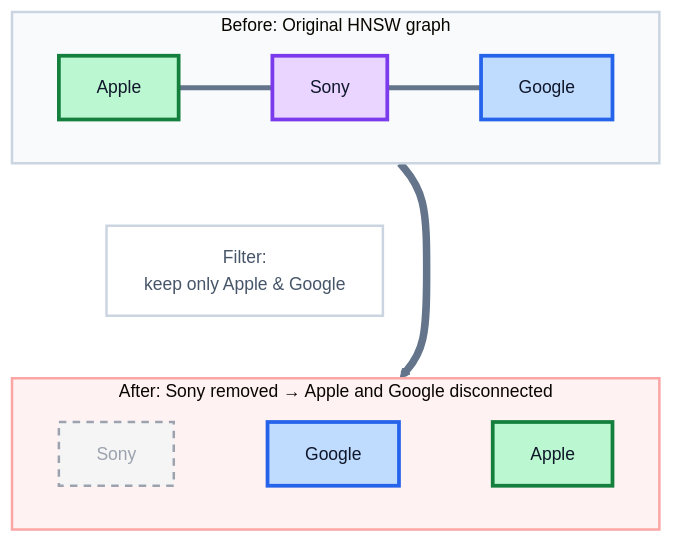
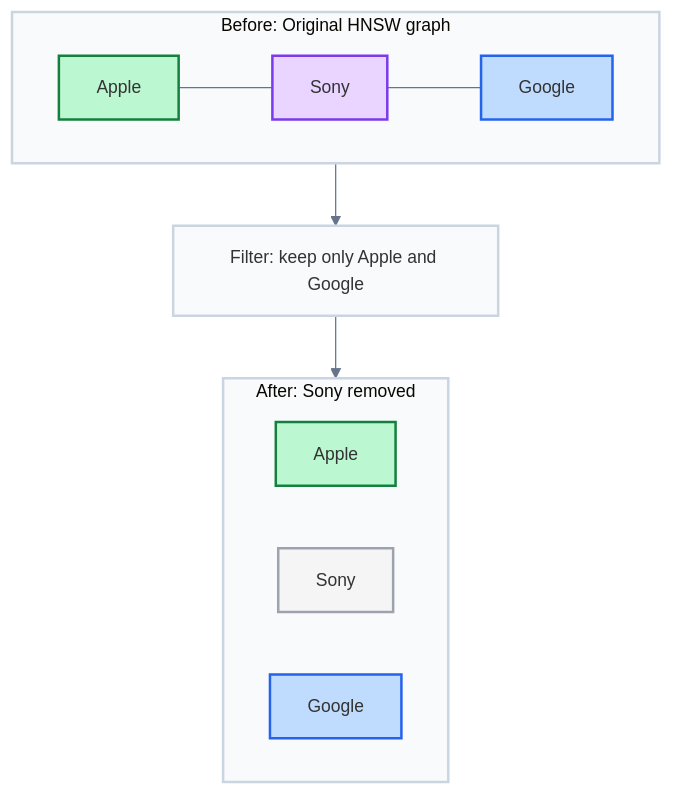
The diagram in posts/Why WHERE clauses can break your vector search/assets/pre-filtering.mmd (chsafouane/chsafouane.github.io), drawn with Mermaid before and after one commit. The commit also changed 9 other files, not shown here.

Commit message:
Add Mermaid PNG diagrams for Medium

```diff
--- a/posts/Why WHERE clauses can break your vector search/assets/pre-filtering.mmd
+++ b/posts/Why WHERE clauses can break your vector search/assets/pre-filtering.mmd
@@ -1,49 +1,27 @@
-%%{init: {
-    'theme': 'base',
-    'themeVariables': {
-        'fontFamily': 'Helvetica Neue,Helvetica,Arial,sans-serif',
-        'fontSize': '14px',
-        'lineColor': '#64748b',
-        'textColor': '#0f172a'
-    },
-    'flowchart': { 'curve': 'basis' }
-}}%%
+%%{init: {'theme': 'base', 'themeVariables': {'fontFamily': 'Helvetica Neue,Helvetica,Arial,sans-serif', 'fontSize': '14px', 'lineColor': '#64748b', 'textColor': '#0f172a'}}}%%
 flowchart TB
-    subgraph before["Before: Original HNSW graph"]
-        direction LR
-        apple1["Apple"] --- sony1["Sony"] --- google1["Google"]
-    end
+  subgraph before["Before: Original HNSW graph"]
+    direction LR
+    apple1["Apple"] --- sony1["Sony"] --- google1["Google"]
+  end
 
-    filter["Filter:\nkeep only Apple & Google"]
+  filter["Filter: keep only Apple and Google"]
 
-    subgraph after["After: Sony removed → Apple and Google disconnected"]
-        direction LR
-        sony2["Sony"] ~~~ google2["Google"] ~~~ apple2["Apple"]
-    end
+  subgraph after["After: Sony removed"]
+    direction LR
+    apple2["Apple"]
+    sony2["Sony"]
+    google2["Google"]
+  end
 
-    before --> filter
-    filter --> after
+  before --> filter --> after
 
-    %% Big illustrative arrow (crossing the gap)
-    google1 --> apple2
-
-    classDef apple fill:#bbf7d0,stroke:#15803d,stroke-width:3px,color:#0f172a
-    classDef google fill:#bfdbfe,stroke:#2563eb,stroke-width:3px,color:#0f172a
-    classDef sony fill:#e9d5ff,stroke:#7c3aed,stroke-width:3px,color:#0f172a
-    classDef removed fill:#f5f5f5,stroke:#9ca3af,stroke-width:2px,stroke-dasharray:6 5,color:#9ca3af
-    classDef label fill:#ffffff,stroke:#cbd5e1,stroke-width:2px,color:#475569
-
-    class apple1,apple2 apple
-    class google1,google2 google
-    class sony1 sony
-    class sony2 removed
-    class filter label
-
-    style before fill:#f8fafc,stroke:#cbd5e1,stroke-width:2px
-    style after fill:#fef2f2,stroke:#fca5a5,stroke-width:2px
-
-    linkStyle 0 stroke:#64748b,stroke-width:4px
-    linkStyle 1 stroke:#64748b,stroke-width:4px
-    linkStyle 4 stroke:transparent
-    linkStyle 5 stroke:transparent
-    linkStyle 6 stroke:#64748b,stroke-width:6px
+  style apple1 fill:#bbf7d0,stroke:#15803d,stroke-width:2px
+  style google1 fill:#bfdbfe,stroke:#2563eb,stroke-width:2px
+  style sony1 fill:#e9d5ff,stroke:#7c3aed,stroke-width:2px
+  style apple2 fill:#bbf7d0,stroke:#15803d,stroke-width:2px
+  style google2 fill:#bfdbfe,stroke:#2563eb,stroke-width:2px
+  style sony2 fill:#f5f5f5,stroke:#9ca3af,stroke-width:2px
+  style filter fill:#f8fafc,stroke:#cbd5e1,stroke-width:2px
+  style before fill:#f8fafc,stroke:#cbd5e1,stroke-width:2px
+  style after fill:#f8fafc,stroke:#cbd5e1,stroke-width:2px
```
